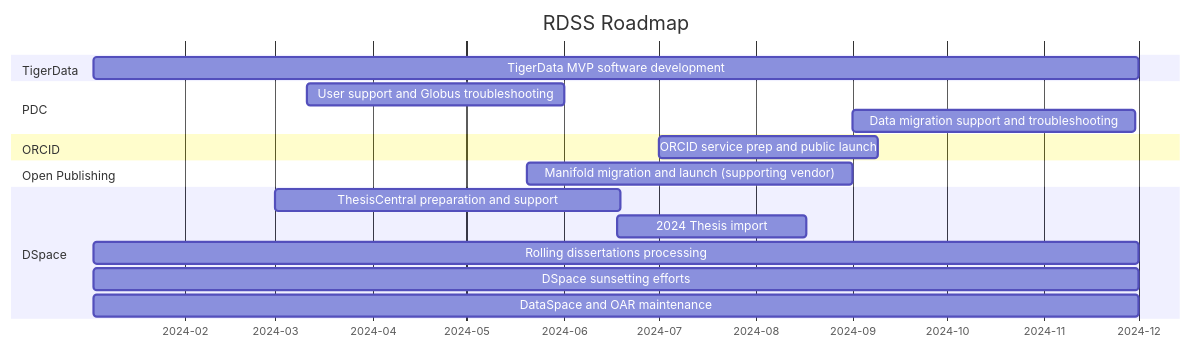
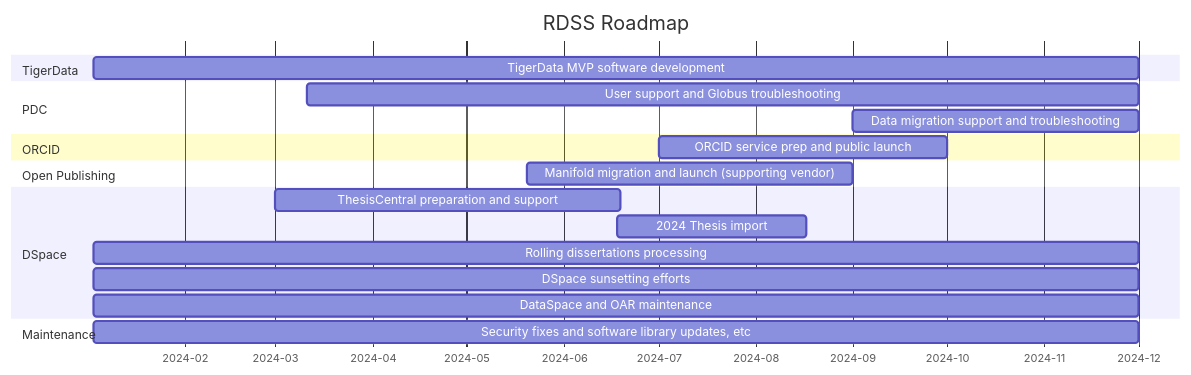
The diagram in roadmap.md (pulibrary/rdss-handbook), drawn with Mermaid before and after one commit.

Commit message:
Updated roadmap per sprint closing meeting

````diff
--- a/roadmap.md
+++ b/roadmap.md
@@ -5,21 +5,23 @@
 ```mermaid
 gantt
     title RDSS Roadmap
     axisFormat  %Y-%m
     dateformat YYYY-MM
     section TigerData
     TigerData MVP software development: td1,2024-01-03,333d
     section PDC
-    User support and Globus troubleshooting: pd1,2024-03-11,82d
-    Data migration support and troubleshooting: pd2,2024-09-01,90d
+    User support and Globus troubleshooting: pd1,2024-03-11,265d
+    Data migration support and troubleshooting: pd2,2024-09-01,91d
     section ORCID
-    ORCID service prep and public launch: or1,2024-07-01,70d
+    ORCID service prep and public launch: or1,2024-07-01,92d
     section Open Publishing
     Manifold migration and launch (supporting vendor): op1,2024-05-20,104d
     section DSpace
     ThesisCentral preparation and support: dsp1,2024-03-01,110d
     2024 Thesis import: dsp2,2024-06-18,60d
     Rolling dissertations processing: dsp3,2024-01-03,333d
     DSpace sunsetting efforts: dsp4,2024-01-03,333d
     DataSpace and OAR maintenance: dsp5,2024-01-03,333d
+    section Maintenance
+    Security fixes and software library updates, etc: man1,2024-01-03,333d
 ```
````
